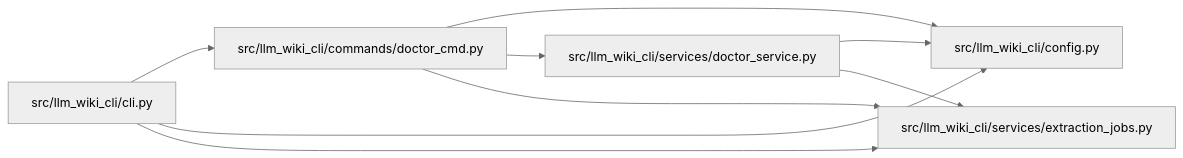
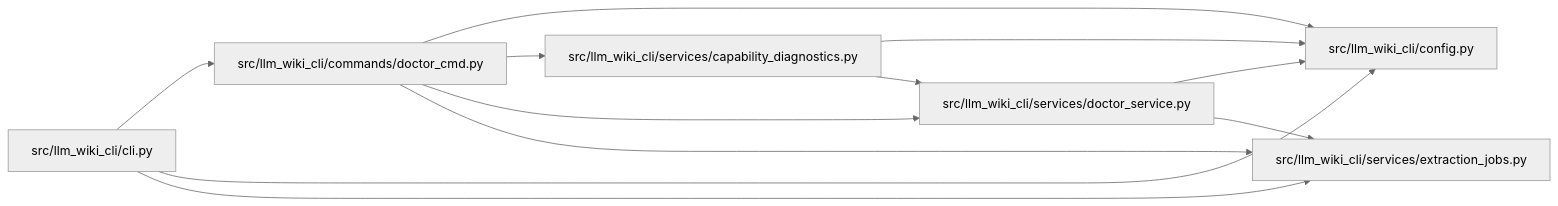
Before and after one commit to Denissvgn/python-wiki-llm: the diagram in docs/llm_wiki/modules/doctor_cmd.md, drawn with Mermaid (neutral theme). The commit also changed other lines of this file and 152 other files, not shown here.

````diff
--- a/docs/llm_wiki/modules/doctor_cmd.md
+++ b/docs/llm_wiki/modules/doctor_cmd.md
@@ -22,21 +26,26 @@
 ```mermaid
 flowchart LR
     n0["src/llm_wiki_cli/cli.py"]
     n1["src/llm_wiki_cli/commands/doctor_cmd.py"]
     n2["src/llm_wiki_cli/config.py"]
-    n3["src/llm_wiki_cli/services/doctor_service.py"]
-    n4["src/llm_wiki_cli/services/extraction_jobs.py"]
+    n3["src/llm_wiki_cli/services/capability_diagnostics.py"]
+    n4["src/llm_wiki_cli/services/doctor_service.py"]
+    n5["src/llm_wiki_cli/services/extraction_jobs.py"]
     n0 --> n1
     n0 --> n2
-    n0 --> n4
+    n0 --> n5
     n1 --> n2
     n1 --> n3
     n1 --> n4
+    n1 --> n5
     n3 --> n2
     n3 --> n4
+    n4 --> n2
+    n4 --> n5
     click n0 "../modules/cli.md"
     click n1 "../modules/doctor_cmd.md"
     click n2 "../modules/config.md"
-    click n3 "../modules/doctor_service.md"
-    click n4 "../modules/extraction_jobs.md"
+    click n3 "../modules/capability_diagnostics.md"
+    click n4 "../modules/doctor_service.md"
+    click n5 "../modules/extraction_jobs.md"
 ```
````
